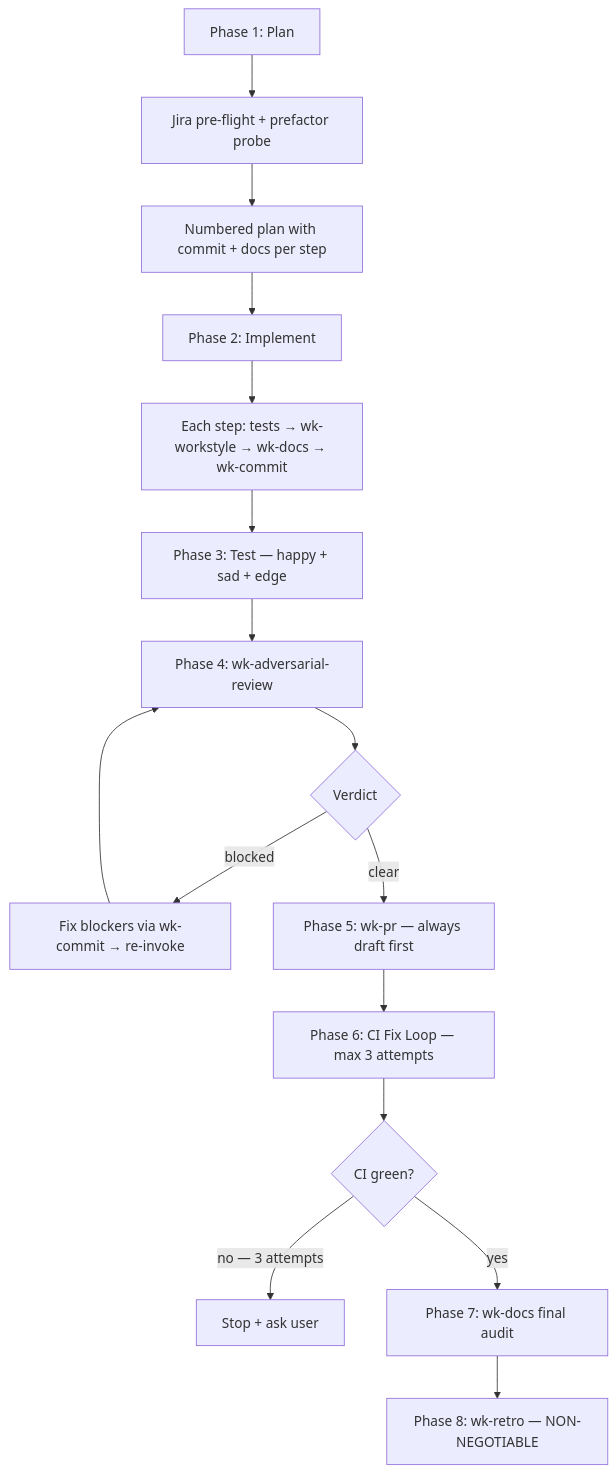
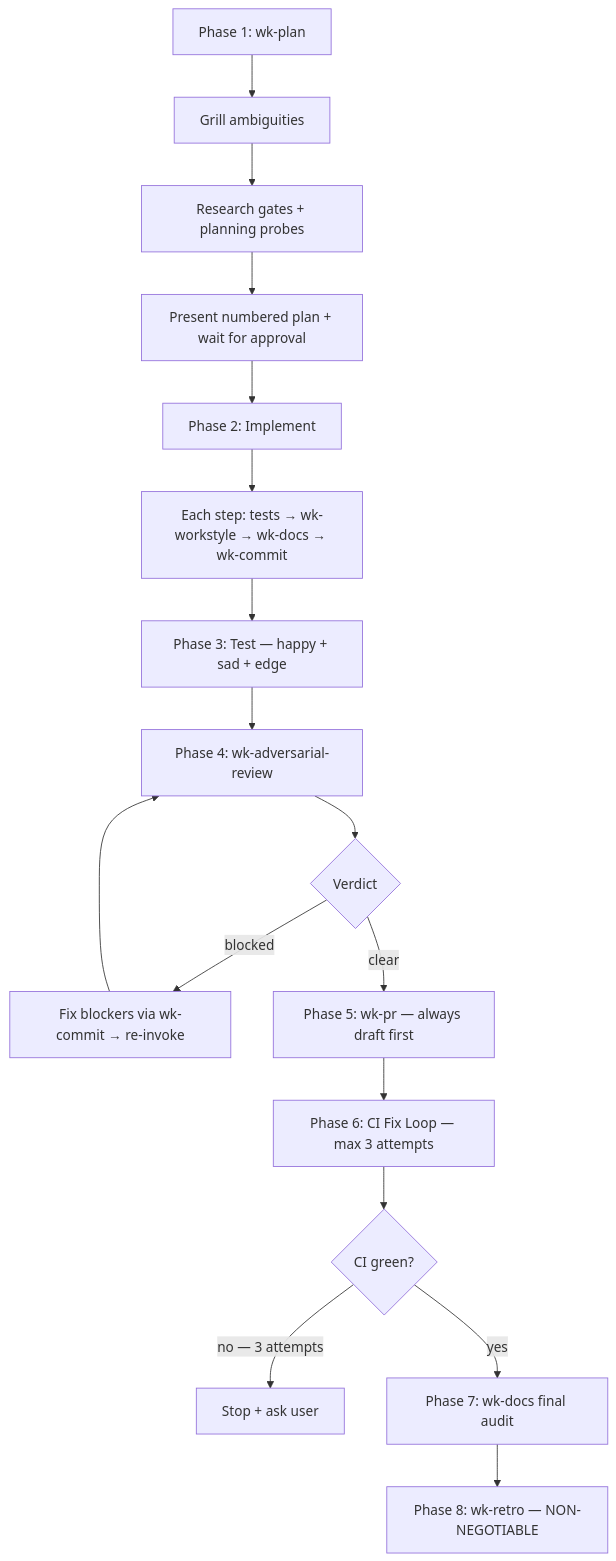
The diagram in skills/workflow/README.md (whizzzkid/skills), drawn with Mermaid before and after one commit. The commit also changed other lines of this file and 3 other files, not shown here.

Commit message:
refactor(workflow): 📐 move phase-1 planning probes to wk-plan

````diff
--- a/skills/workflow/README.md
+++ b/skills/workflow/README.md
@@ -16,22 +16,24 @@
 ```mermaid
 flowchart TD
-    A[Phase 1: Plan] --> A1[Jira pre-flight + prefactor probe]
-    A1 --> A2[Numbered plan with commit + docs per step]
-    A2 --> B[Phase 2: Implement]
+    A[Phase 1: wk-plan] --> A1[Grill ambiguities]
+    A1 --> A2[Research gates + planning probes]
+    A2 --> A3[Present numbered plan + wait for approval]
+    A3 --> B[Phase 2: Implement]
     B --> B1[Each step: tests → wk-workstyle → wk-docs → wk-commit]
     B1 --> C[Phase 3: Test — happy + sad + edge]
     C --> D[Phase 4: wk-adversarial-review]
     D --> E{Verdict}
     E -->|blocked| F[Fix blockers via wk-commit → re-invoke]
     F --> D
     E -->|clear| G[Phase 5: wk-pr — always draft first]
     G --> H[Phase 6: CI Fix Loop — max 3 attempts]
     H --> I{CI green?}
     I -->|no — 3 attempts| J[Stop + ask user]
     I -->|yes| K[Phase 7: wk-docs final audit]
     K --> L[Phase 8: wk-retro — NON-NEGOTIABLE]
+    click A href "../plan/README.md" _blank
     click D href "../adversarial-review/README.md" _blank
     click G href "../pr/README.md" _blank
     click K href "../docs/README.md" _blank
     click L href "../retro/README.md" _blank
 ```
````
